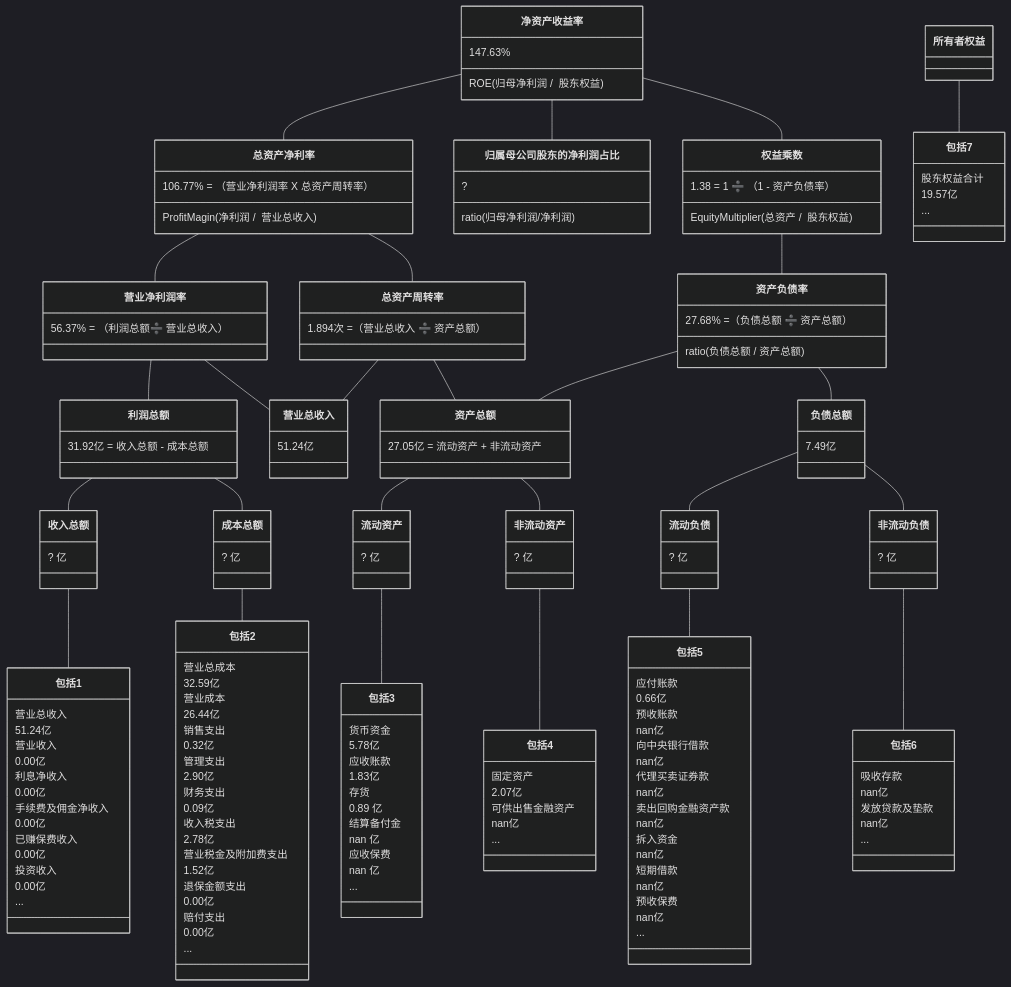
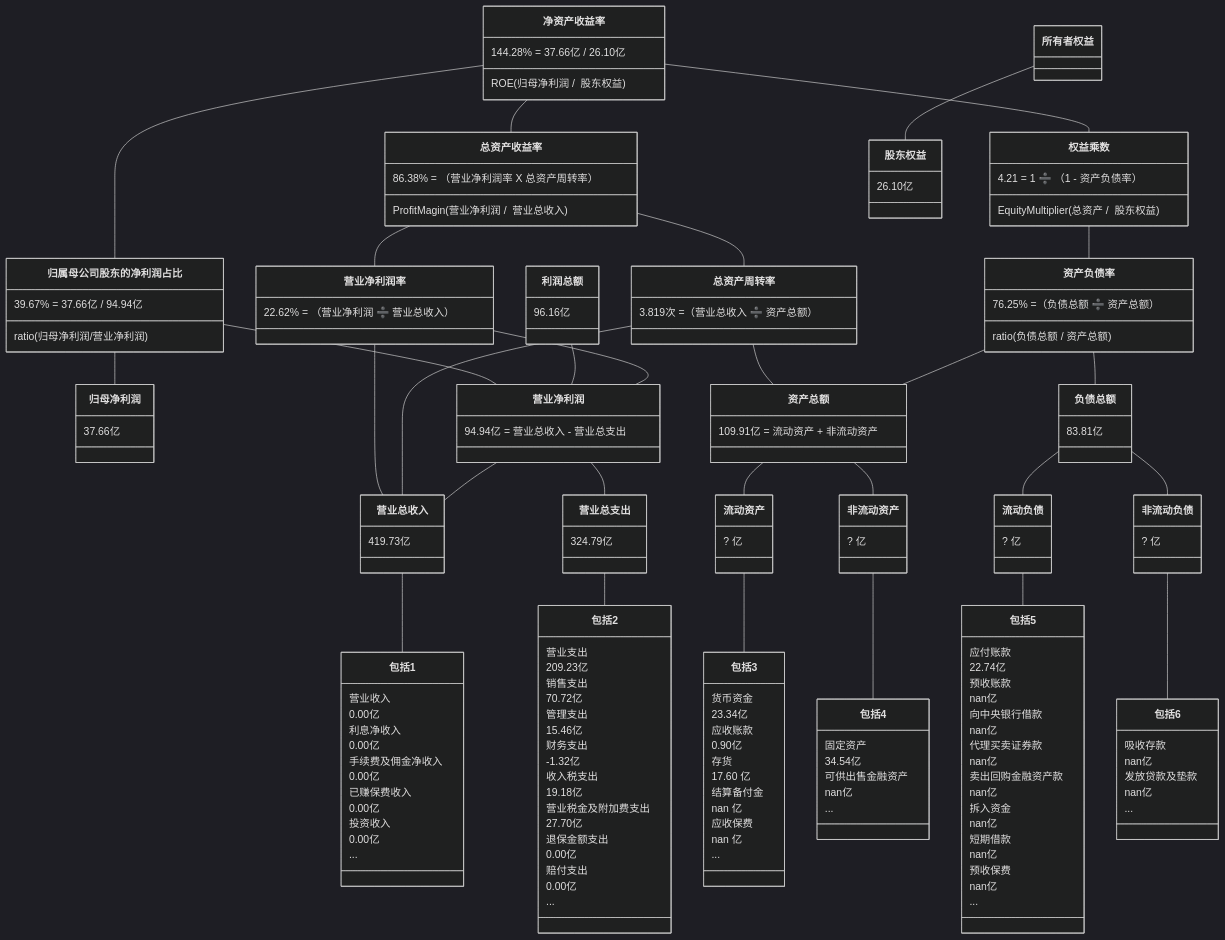
One commit to TheVeryDarkness/cs410 changed the third of 10 diagrams in 2/2.md. Above: the diagram before and after it, drawn with Mermaid (dark theme). The commit also changed other lines of this file and 262 other files, not shown here.

````diff
--- a/2/2.md
+++ b/2/2.md
@@ -266,53 +313,55 @@
 ```mermaid
 classDiagram
-净资产收益率 -- 总资产净利率
-    净资产收益率 : 147.63%
+净资产收益率 -- 总资产收益率
+    净资产收益率 : 144.28% = 37.66亿 / 26.10亿
     净资产收益率 : ROE(归母净利润 /  股东权益)
-    总资产净利率 : 106.77% = （营业净利润率 X 总资产周转率）
-    总资产净利率 : ProfitMagin(净利润 /  营业总收入)
+    总资产收益率 : 86.38% = （营业净利润率 X 总资产周转率）
+    总资产收益率 : ProfitMagin(营业净利润 /  营业总收入)
 净资产收益率 -- 归属母公司股东的净利润占比
-	归属母公司股东的净利润占比 : ?
-	归属母公司股东的净利润占比 : ratio(归母净利润/净利润)
+	  归属母公司股东的净利润占比 : 39.67% = 37.66亿 / 94.94亿
+	  归属母公司股东的净利润占比 : ratio(归母净利润/营业净利润)
+归属母公司股东的净利润占比 -- 归母净利润
+    归母净利润 : 37.66亿
+归属母公司股东的净利润占比 -- 营业净利润
+利润总额 : 96.16亿
+利润总额 -- 营业净利润
 净资产收益率 -- 权益乘数
-    权益乘数 : 1.38 = 1 ➗ （1 - 资产负债率）
+    权益乘数 : 4.21 = 1 ➗ （1 - 资产负债率）
     权益乘数 : EquityMultiplier(总资产 /  股东权益)
-    
-总资产净利率 -- 营业净利润率
-    营业净利润率 : 56.37% = （利润总额➗ 营业总收入）
-总资产净利率 -- 总资产周转率
-    总资产周转率 : 1.894次 =（营业总收入 ➗ 资产总额）
+
+总资产收益率 -- 营业净利润率
+    营业净利润率 : 22.62% = （营业净利润 ➗ 营业总收入）
+总资产收益率 -- 总资产周转率
+    总资产周转率 : 3.819次 =（营业总收入 ➗ 资产总额）
 权益乘数 -- 资产负债率
-    资产负债率  : 27.68% =（负债总额 ➗ 资产总额）
+    资产负债率  : 76.25% =（负债总额 ➗ 资产总额）
     资产负债率  : ratio(负债总额 / 资产总额)
 
-营业净利润率 -- 利润总额
-   利润总额 : 31.92亿 = 收入总额 - 成本总额
+营业净利润率 -- 营业净利润
+    营业净利润 : 94.94亿 = 营业总收入 - 营业总支出
 营业净利润率 -- 营业总收入
-    营业总收入 : 51.24亿
 总资产周转率 -- 营业总收入
 总资产周转率 -- 资产总额
-    资产总额 : 27.05亿 = 流动资产 + 非流动资产
-资产负债率 -- 　负债总额
-    负债总额 : 7.49亿
-资产负债率 -- 　资产总额
+    资产总额 : 109.91亿 = 流动资产 + 非流动资产
+资产负债率 -- 负债总额
+    负债总额 : 83.81亿
+资产负债率 -- 资产总额
 
 
-利润总额 -- 收入总额
-    收入总额 : ? 亿
-利润总额 -- 成本总额
-    成本总额 : ? 亿
+营业净利润 -- 营业总收入
+    营业总收入 : 419.73亿
+营业净利润 -- 营业总支出
+    营业总支出 : 324.79亿
 资产总额 -- 流动资产
-	流动资产 : ? 亿
+	  流动资产 : ? 亿
 资产总额 -- 非流动资产
-	非流动资产 : ? 亿
+	  非流动资产 : ? 亿
 负债总额 -- 流动负债
-	流动负债 : ? 亿
+	  流动负债 : ? 亿
 负债总额 -- 非流动负债
-	非流动负债 : ? 亿
+	  非流动负债 : ? 亿
 
-收入总额 -- 包括1
-    包括1 : 营业总收入
-    包括1 : 51.24亿
+营业总收入 -- 包括1
     包括1 : 营业收入
     包括1 : 0.00亿
     包括1 : 利息净收入
@@ -324,21 +373,19 @@
     包括1 : 投资收入
     包括1 : 0.00亿
     包括1 : ...
-成本总额 -- 包括2
-    包括2 : 营业总成本
-    包括2 : 32.59亿
-    包括2 : 营业成本
-    包括2 : 26.44亿
+营业总支出 -- 包括2
+    包括2 : 营业支出
+    包括2 : 209.23亿
     包括2 : 销售支出
-    包括2 : 0.32亿
+    包括2 : 70.72亿
     包括2 : 管理支出
-    包括2 : 2.90亿
+    包括2 : 15.46亿
     包括2 : 财务支出
-    包括2 : 0.09亿
+    包括2 : -1.32亿
     包括2 : 收入税支出
-    包括2 : 2.78亿
+    包括2 : 19.18亿
     包括2 : 营业税金及附加费支出
-    包括2 : 1.52亿
+    包括2 : 27.70亿
     包括2 : 退保金额支出
     包括2 : 0.00亿
     包括2 : 赔付支出
@@ -346,11 +393,11 @@
     包括2 : ...
 流动资产 -- 包括3
     包括3 : 货币资金
-    包括3 : 5.78亿
+    包括3 : 23.34亿
     包括3 : 应收账款
-    包括3 : 1.83亿
+    包括3 : 0.90亿
     包括3 : 存货
-    包括3 : 0.89 亿
+    包括3 : 17.60 亿
     包括3 : 结算备付金
     包括3 : nan 亿
     包括3 : 应收保费
@@ -358,13 +405,13 @@
     包括3 : ...
 非流动资产 -- 包括4
     包括4 : 固定资产
-    包括4 : 2.07亿
+    包括4 : 34.54亿
     包括4 : 可供出售金融资产
     包括4 : nan亿
     包括4 : ...
 流动负债 -- 包括5
     包括5 : 应付账款
-    包括5 : 0.66亿
+    包括5 : 22.74亿
     包括5 : 预收账款
     包括5 : nan亿
     包括5 : 向中央银行借款
@@ -386,8 +433,6 @@
     包括6 : 发放贷款及垫款
     包括6 : nan亿
     包括6 : ...
-所有者权益 -- 包括7
-    包括7 : 股东权益合计
-    包括7 : 19.57亿
-    包括7 : ...
+所有者权益 -- 股东权益
+    股东权益 : 26.10亿
 ```
````
